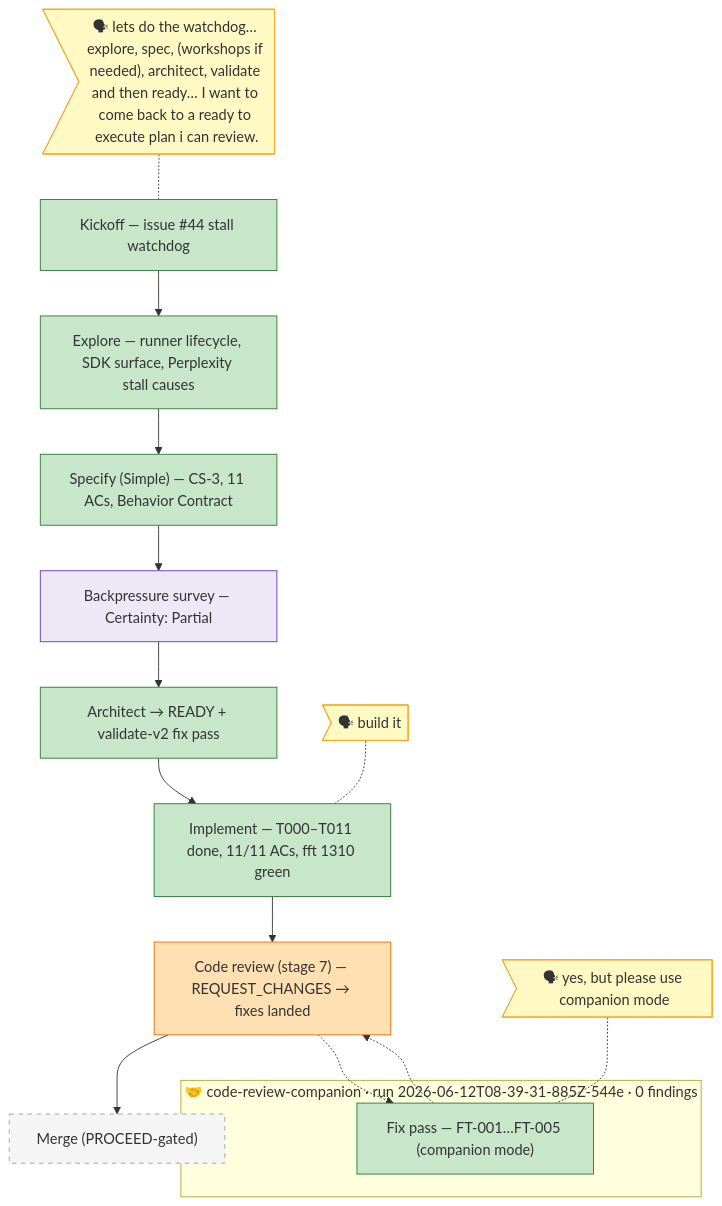
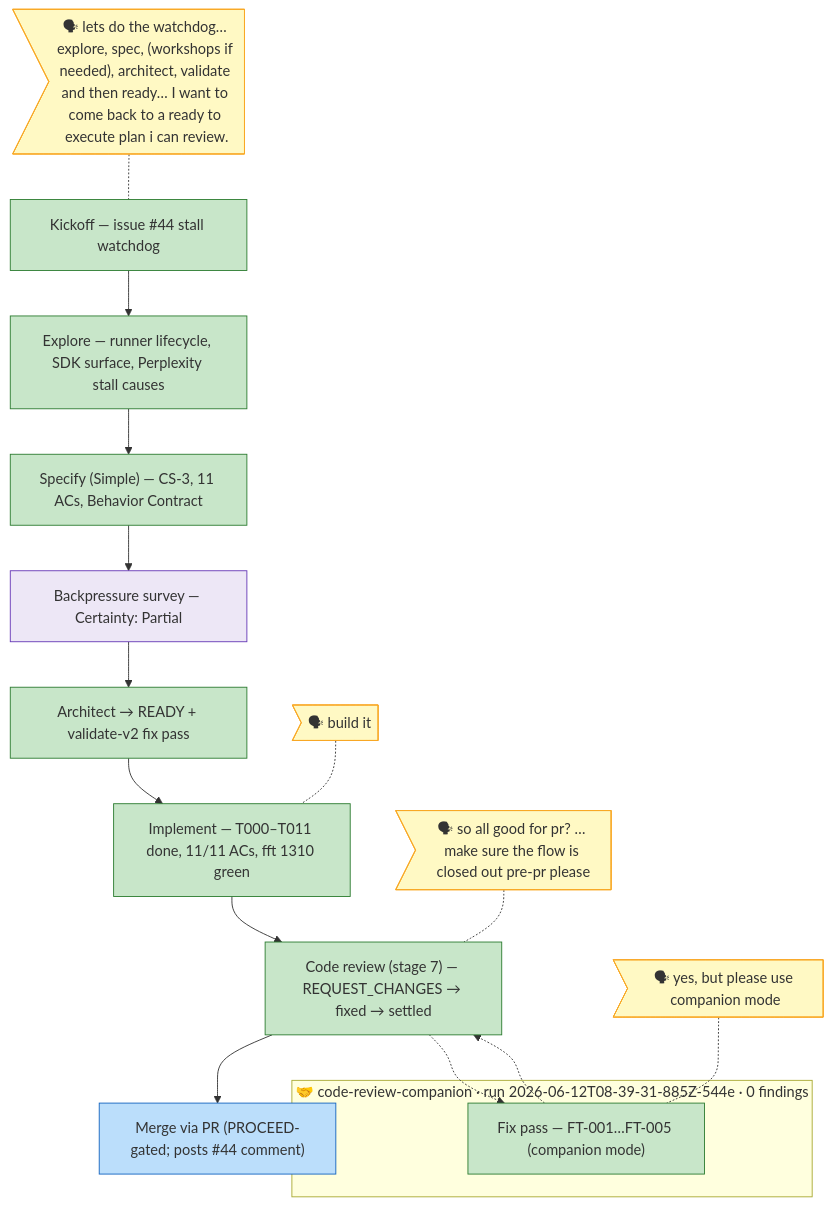
Before and after one commit to AI-Substrate/minih: the diagram in docs/plans/026-stall-watchdog/the-flow.md, drawn with Mermaid. The commit also changed other lines of this file and 3 other files, not shown here.

Commit message:
docs(plan,harness): close out 026 flow pre-PR — review settled by companion supersession; retro buffer drained to committed record

````diff
--- a/docs/plans/026-stall-watchdog/the-flow.md
+++ b/docs/plans/026-stall-watchdog/the-flow.md
@@ -5,34 +5,36 @@
 ```mermaid
 flowchart TD
     classDef done fill:#C8E6C9,stroke:#2E7D32
     classDef wip fill:#FFE0B2,stroke:#EF6C00
     classDef blocked fill:#FFCDD2,stroke:#C62828
     classDef known fill:#BBDEFB,stroke:#1565C0
     classDef assumed fill:#F5F5F5,stroke:#9E9E9E,stroke-dasharray: 5 5
     classDef said fill:#FFF9C4,stroke:#F9A825
     classDef harness fill:#EDE7F6,stroke:#673AB7
     classDef companion fill:#E0F7FA,stroke:#00838F
 
     start["Kickoff — issue #44 stall watchdog"]:::done
     research["Explore — runner lifecycle, SDK surface, Perplexity stall causes"]:::done
     spec["Specify (Simple) — CS-3, 11 ACs, Behavior Contract"]:::done
     backpressure["Backpressure survey — Certainty: Partial"]:::harness
     plan["Architect → READY + validate-v2 fix pass"]:::done
     build["Implement — T000–T011 done, 11/11 ACs, fft 1310 green"]:::done
-    review["Code review (stage 7) — REQUEST_CHANGES → fixes landed"]:::wip
-    merge["Merge (PROCEED-gated)"]:::assumed
+    review["Code review (stage 7) — REQUEST_CHANGES → fixed → settled"]:::done
+    merge["Merge via PR (PROCEED-gated; posts #44 comment)"]:::known
 
     subgraph companion1["🤝 code-review-companion · run 2026-06-12T08-39-31-885Z-544e · 0 findings"]
         fix1["Fix pass — FT-001…FT-005 (companion mode)"]:::done
     end
 
     start --> research --> spec --> backpressure --> plan --> build --> review --> merge
     review -.-> fix1 -.-> review
 
     said_start>"🗣 lets do the watchdog… explore, spec, (workshops if needed), architect, validate and then ready… I want to come back to a ready to execute plan i can review."]:::said
     said_start -.- start
     said_build>"🗣 build it"]:::said
     said_build -.- build
     said_fix>"🗣 yes, but please use companion mode"]:::said
     said_fix -.- fix1
+    said_settle>"🗣 so all good for pr? … make sure the flow is closed out pre-pr please"]:::said
+    said_settle -.- review
 ```
````
